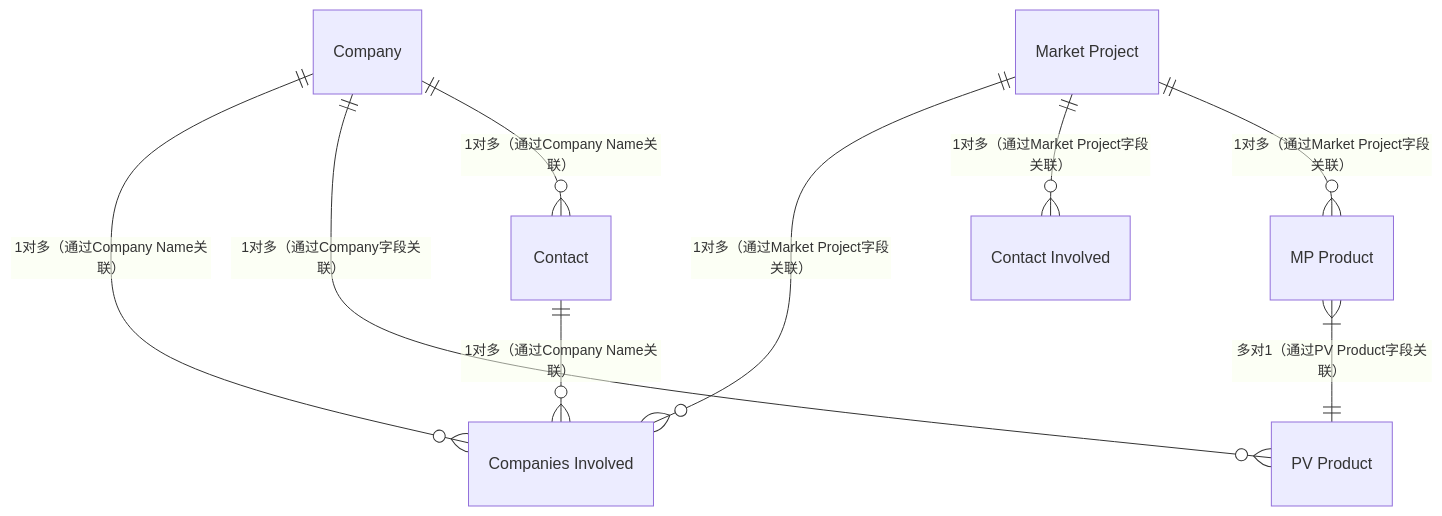
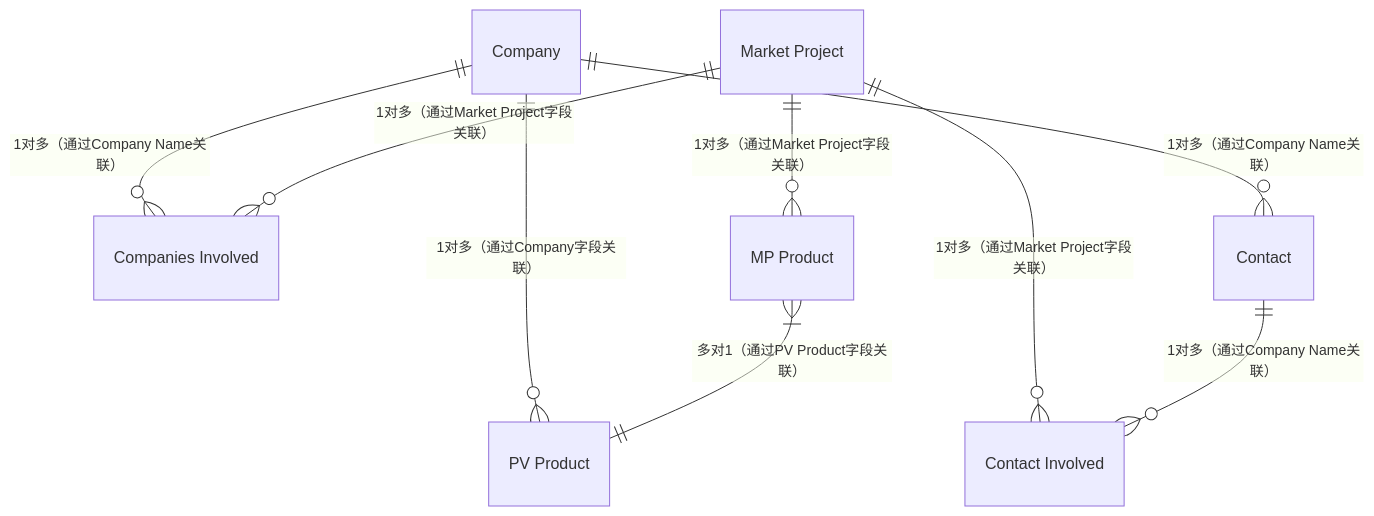
The diagram in all/Norden数据E-R图.md (zhangziru-33/iodraw-files), drawn with Mermaid before and after one commit.

Commit message:
2025-12-04 13:22:45 update

````diff
--- a/all/Norden数据E-R图.md
+++ b/all/Norden数据E-R图.md
@@ -1,12 +1,12 @@
 ```mermaid
 %% {init: {'theme': 'base', 'themeVariables': {'background': '#ffffff'}}}%%
 erDiagram
     Company ||--o{ "Companies Involved" : "1对多（通过Company Name关联）"
     Company ||--o{ "PV Product" : "1对多（通过Company字段关联）"
     Company ||--o{ "Contact" : "1对多（通过Company Name关联）"
     "Market Project" ||--o{ "Companies Involved" : "1对多（通过Market Project字段关联）"
     "Market Project" ||--o{ "Contact Involved" : "1对多（通过Market Project字段关联）"
     "Market Project" ||--o{ "MP Product" : "1对多（通过Market Project字段关联）"
     "MP Product" }|--|| "PV Product" : "多对1（通过PV Product字段关联）"
-    Contact  ||--o{ "Companies Involved" : "1对多（通过Company Name关联）"
+    Contact ||--o{ "Contact Involved" : "1对多（通过Company Name关联）"
 ```
````
